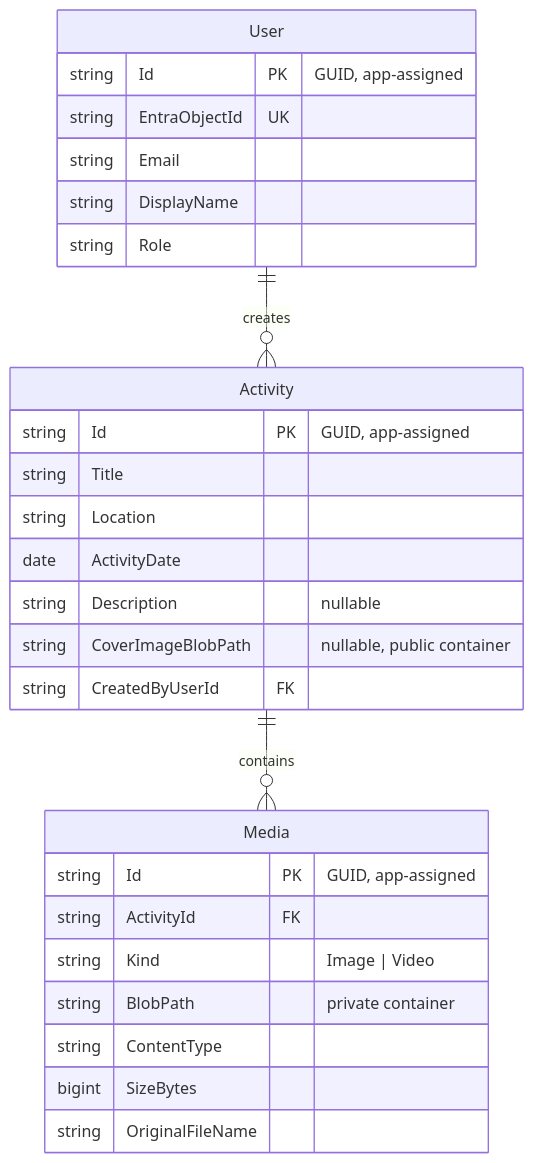
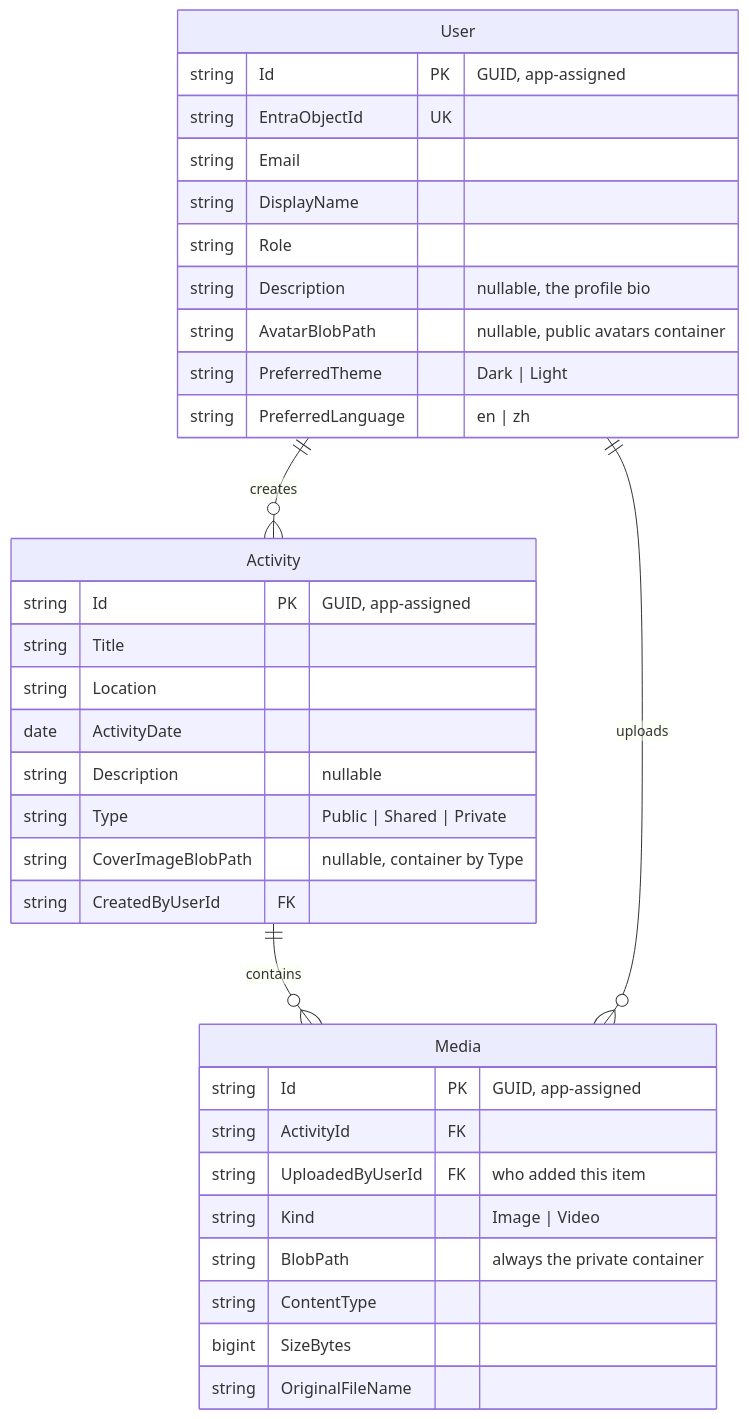
The diagram in docs/PRD.md (RhaegarC/TrailBlaze), drawn with Mermaid before and after one commit. The commit also changed other lines of this file and 13 other files, not shown here.

First line of the commit message:
Update documents for frontend changes: visibility, collaborative media, profile

````diff
--- a/docs/PRD.md
+++ b/docs/PRD.md
@@ -141,30 +164,37 @@
 ```mermaid
 erDiagram
     User ||--o{ Activity : creates
     Activity ||--o{ Media : contains
+    User ||--o{ Media : uploads
     User {
         string Id PK "GUID, app-assigned"
         string EntraObjectId UK
         string Email
         string DisplayName
         string Role
+        string Description "nullable, the profile bio"
+        string AvatarBlobPath "nullable, public avatars container"
+        string PreferredTheme "Dark | Light"
+        string PreferredLanguage "en | zh"
     }
     Activity {
         string Id PK "GUID, app-assigned"
         string Title
         string Location
         date ActivityDate
         string Description "nullable"
-        string CoverImageBlobPath "nullable, public container"
+        string Type "Public | Shared | Private"
+        string CoverImageBlobPath "nullable, container by Type"
         string CreatedByUserId FK
     }
     Media {
         string Id PK "GUID, app-assigned"
         string ActivityId FK
+        string UploadedByUserId FK "who added this item"
         string Kind "Image | Video"
-        string BlobPath "private container"
+        string BlobPath "always the private container"
         string ContentType
         bigint SizeBytes
         string OriginalFileName
     }
 ```
````
